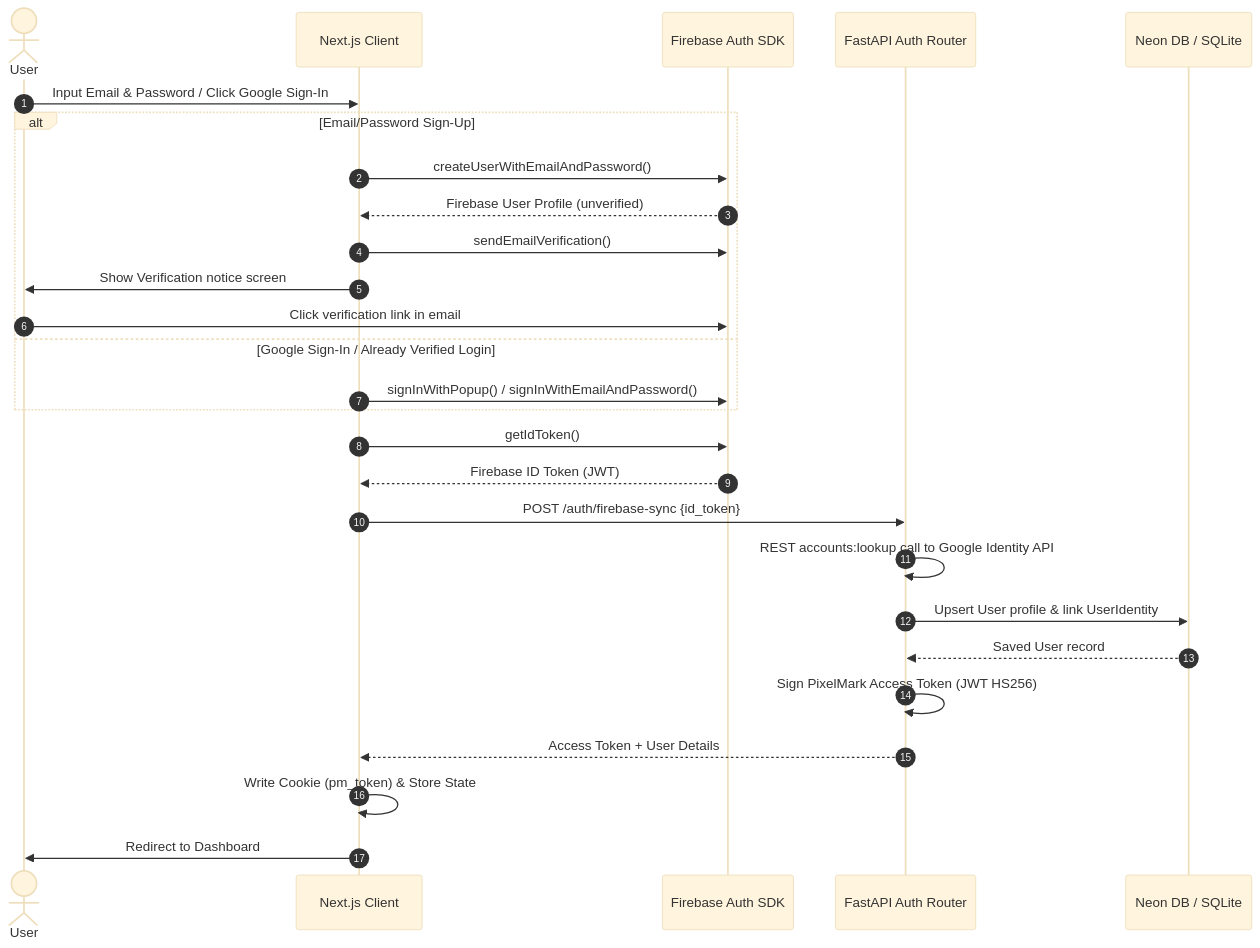
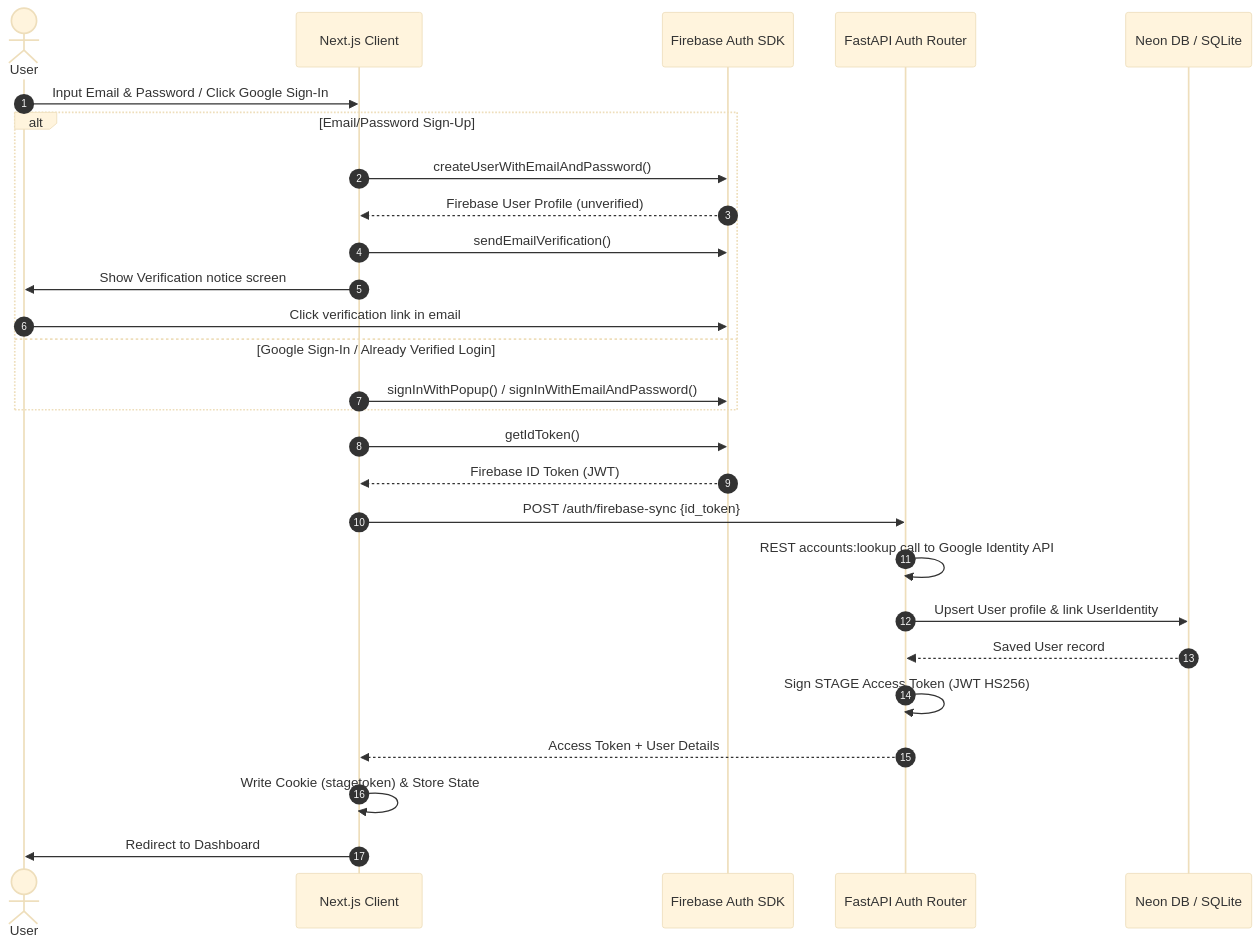
One commit to SaumyaPatel25/Pixel_Mark changed the second of 4 diagrams in docs/architecture.md. Above: the diagram before and after it, drawn with Mermaid (base theme). The commit also changed other lines of this file and 280 other files, not shown here.

Commit message:
feat: complete PixelMark to STAGE rebrand, update logos, and fix local dev ports

````diff
--- a/docs/architecture.md
+++ b/docs/architecture.md
@@ -53,30 +53,30 @@
 ```mermaid
 sequenceDiagram
     autonumber
     actor User
     participant App as Next.js Client
     participant FB as Firebase Auth SDK
     participant Auth as FastAPI Auth Router
     participant DB as Neon DB / SQLite
 
     User->>App: Input Email & Password / Click Google Sign-In
     alt Email/Password Sign-Up
         App->>FB: createUserWithEmailAndPassword()
         FB-->>App: Firebase User Profile (unverified)
         App->>FB: sendEmailVerification()
         App->>User: Show Verification notice screen
         User->>FB: Click verification link in email
     else Google Sign-In / Already Verified Login
         App->>FB: signInWithPopup() / signInWithEmailAndPassword()
     end
     App->>FB: getIdToken()
     FB-->>App: Firebase ID Token (JWT)
     App->>Auth: POST /auth/firebase-sync {id_token}
     Auth->>Auth: REST accounts:lookup call to Google Identity API
     Auth->>DB: Upsert User profile & link UserIdentity
     DB-->>Auth: Saved User record
-    Auth->>Auth: Sign PixelMark Access Token (JWT HS256)
+    Auth->>Auth: Sign STAGE Access Token (JWT HS256)
     Auth-->>App: Access Token + User Details
-    App->>App: Write Cookie (pm_token) & Store State
+    App->>App: Write Cookie (stagetoken) & Store State
     App->>User: Redirect to Dashboard
 ```
````
